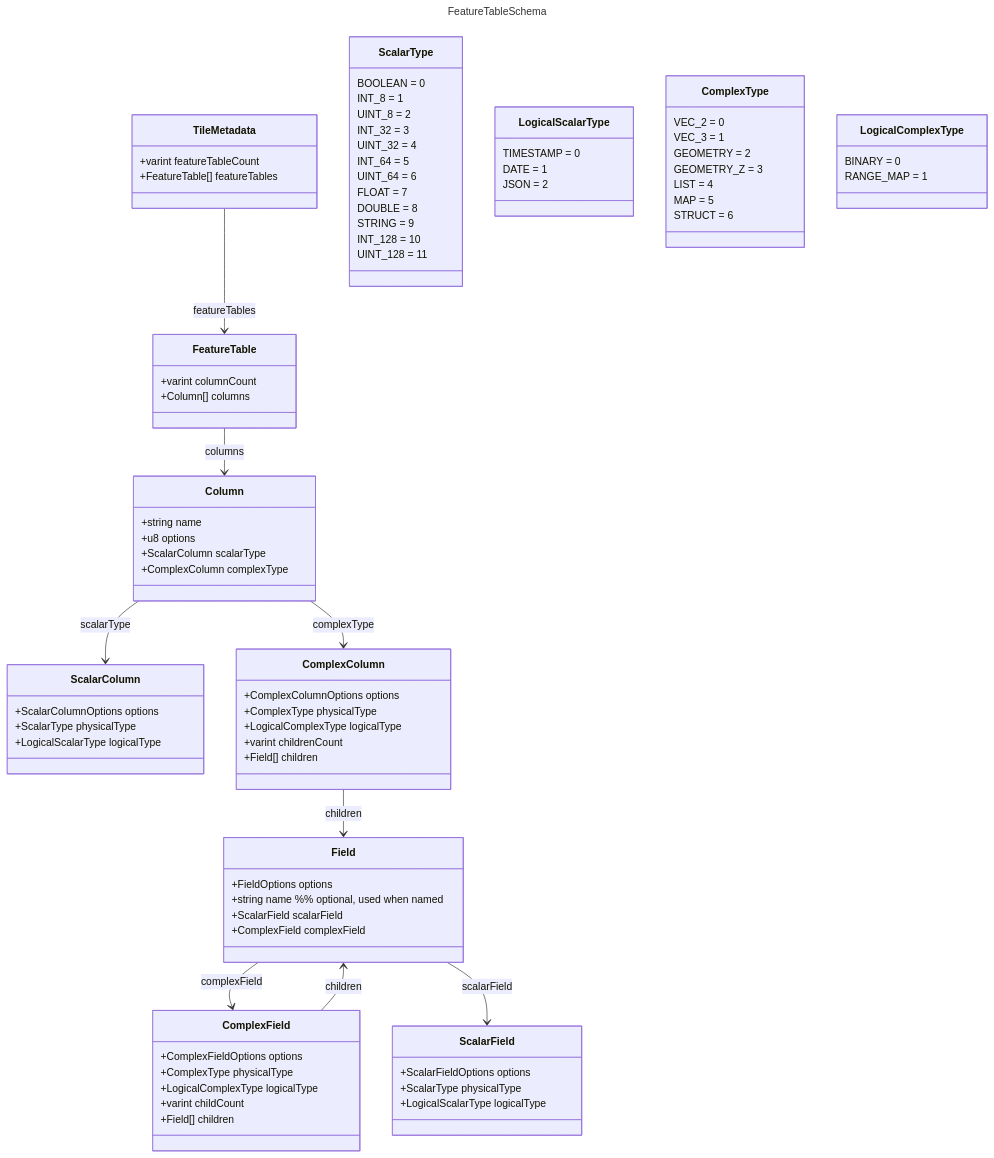
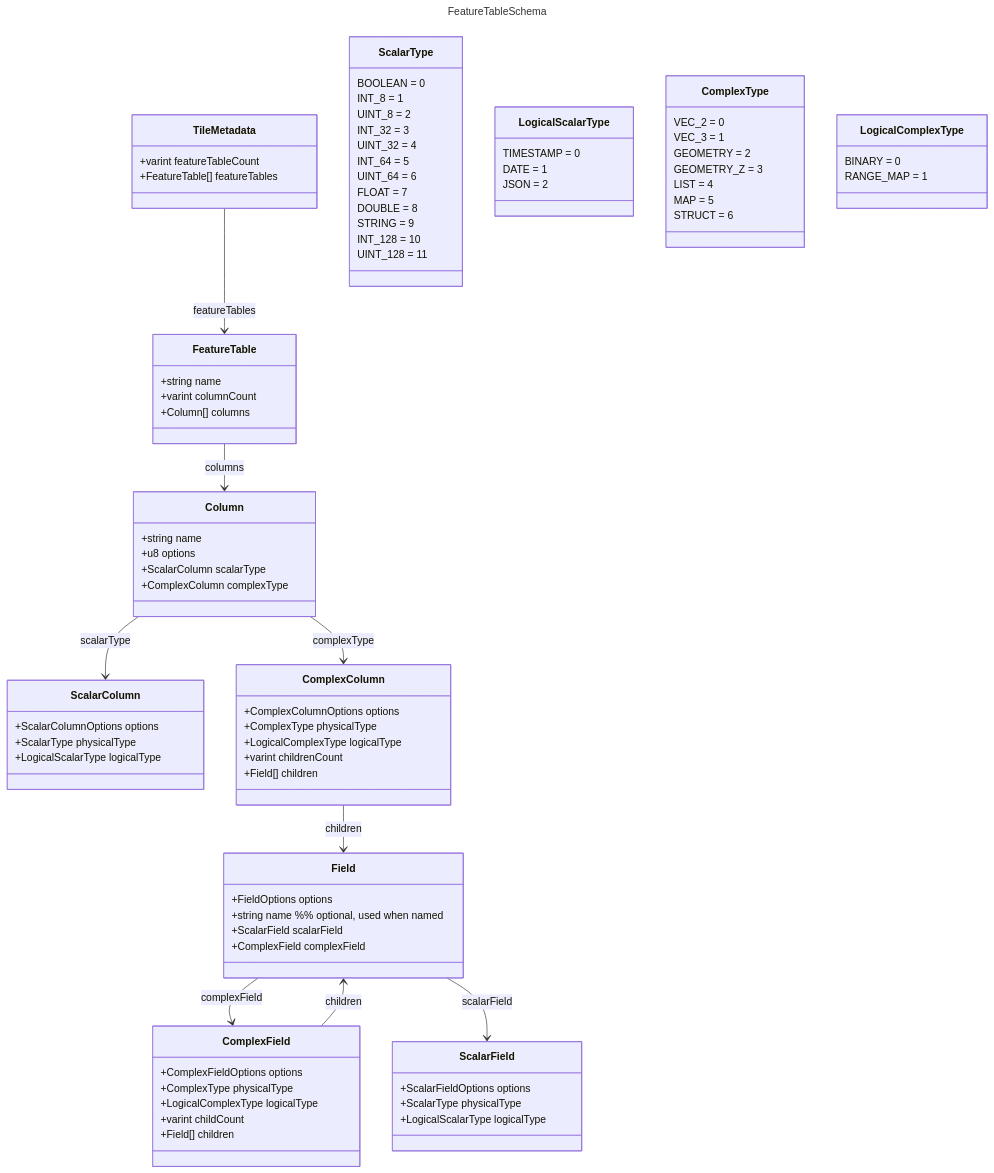
The diagram in spec/assets/FeatureTableSchema.mermaid (maplibre/maplibre-tile-spec), drawn with Mermaid before and after one commit.

Commit message:
missing name

```diff
--- a/spec/assets/FeatureTableSchema.mermaid
+++ b/spec/assets/FeatureTableSchema.mermaid
@@ -1,116 +1,117 @@
 ---
 title: FeatureTableSchema
 ---
 classDiagram
     %% ---------------- TileMetadata ----------------
     class TileMetadata {
       +varint featureTableCount
       +FeatureTable[] featureTables
     }
 
     %% ---------------- FeatureTable ----------------
     class FeatureTable {
+      +string name
       +varint columnCount
       +Column[] columns
     }
 
     %% ---------------- Column ----------------
     class Column {
       +string name
       +u8 options
       +ScalarColumn scalarType
       +ComplexColumn complexType
     }
     %% Note: options flags for Column: nullable=1, complex=2, vertexScope=4
 
     %% ---------------- ScalarColumn ----------------
     class ScalarColumn {
       +ScalarColumnOptions options
       +ScalarType physicalType
       +LogicalScalarType logicalType
     }
     %% Note: options flag for ScalarColumnOptions: logical = 1
 
     %% ---------------- ComplexColumn ----------------
     class ComplexColumn {
       +ComplexColumnOptions options
       +ComplexType physicalType
       +LogicalComplexType logicalType
       +varint childrenCount
       +Field[] children
     }
     %% Note: options flag for ComplexColumnOptions: logical = 1
 
     %% ---------------- Field ----------------
     class Field {
       +FieldOptions options
       +string name  %% optional, used when named
       +ScalarField scalarField
       +ComplexField complexField
     }
     %% Note: options flags for FieldOptions: named = 1, nullable = 2, complex = 4
 
     %% ---------------- ScalarField ----------------
     class ScalarField {
       +ScalarFieldOptions options
       +ScalarType physicalType
       +LogicalScalarType logicalType
     }
     %% Note: options flag for ScalarFieldOptions: logical = 1
 
     %% ---------------- ComplexField ----------------
     class ComplexField {
       +ComplexFieldOptions options
       +ComplexType physicalType
       +LogicalComplexType logicalType
       +varint childCount
       +Field[] children
     }
     %% Note: options flag for ComplexFieldOptions: logical = 1
 
     %% ---------------- Enumerations ----------------
     class ScalarType {
       BOOLEAN = 0
       INT_8 = 1
       UINT_8 = 2
       INT_32 = 3
       UINT_32 = 4
       INT_64 = 5
       UINT_64 = 6
       FLOAT = 7
       DOUBLE = 8
       STRING = 9
       INT_128 = 10
       UINT_128 = 11
     }
 
     class LogicalScalarType {
       TIMESTAMP = 0
       DATE = 1
       JSON = 2
     }
 
     class ComplexType {
       VEC_2 = 0
       VEC_3 = 1
       GEOMETRY = 2
       GEOMETRY_Z = 3
       LIST = 4
       MAP = 5
       STRUCT = 6
     }
 
     class LogicalComplexType {
       BINARY = 0
       RANGE_MAP = 1
     }
 
     %% ---------------- Associations ----------------
     TileMetadata --> FeatureTable : featureTables
     FeatureTable --> Column : columns
     Column --> ScalarColumn : scalarType
     Column --> ComplexColumn : complexType
     ComplexColumn --> Field : children
     ComplexField --> Field : children
     Field --> ComplexField : complexField
     Field --> ScalarField : scalarField
```
